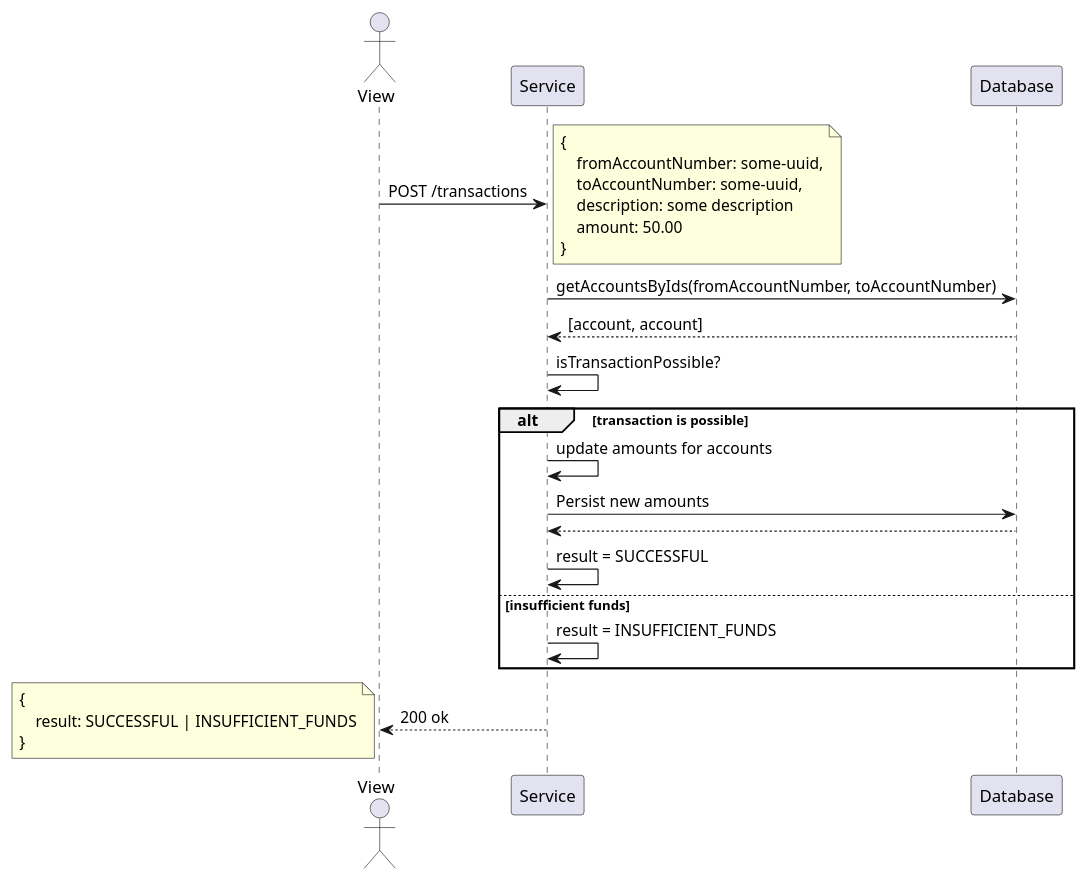
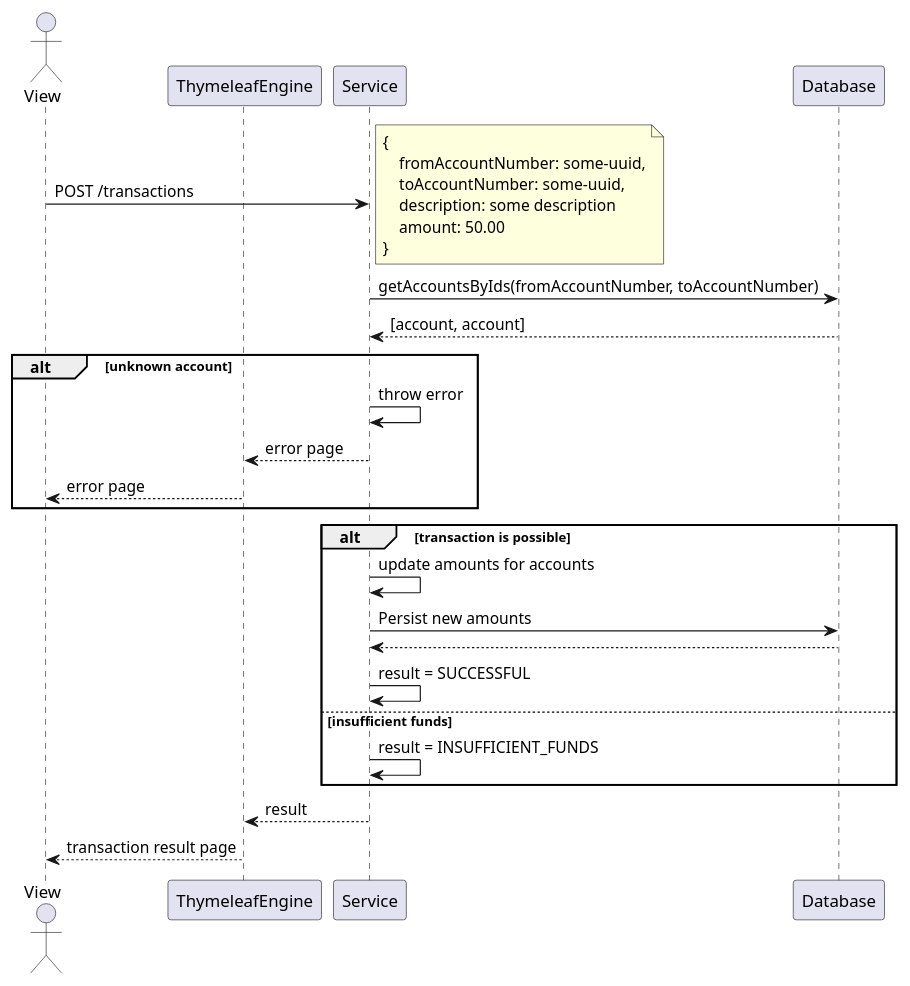
One commit to driekeerJ/transaction-service changed the diagram in documentation/sequence-diagrams/post-transactions.puml. Above: the diagram before and after it, drawn with PlantUML. The commit also changed 11 other files, not shown here.

Commit message:
added transaction tests and updated diagrams

```diff
--- a/documentation/sequence-diagrams/post-transactions.puml
+++ b/documentation/sequence-diagrams/post-transactions.puml
@@ -1,32 +1,33 @@
 @startuml
 actor View as F
+participant ThymeleafEngine as T
 participant Service as S
 participant Database as DB
 
 F -> S: POST /transactions
 note right
 {
     fromAccountNumber: some-uuid,
     toAccountNumber: some-uuid,
     description: some description
     amount: 50.00
 }
 end note
 S -> DB: getAccountsByIds(fromAccountNumber, toAccountNumber)
 DB --> S: [account, account]
-S -> S: isTransactionPossible?
+alt unknown account
+    S -> S: throw error
+    S --> T: error page
+    T --> F: error page
+end
 alt transaction is possible
     S -> S: update amounts for accounts
     S -> DB: Persist new amounts
     DB --> S
     S -> S: result = SUCCESSFUL
 else insufficient funds
     S -> S: result = INSUFFICIENT_FUNDS
 end
-S --> F: 200 ok
-note left
-{
-    result: SUCCESSFUL | INSUFFICIENT_FUNDS
-}
-end note
+S --> T: result
+T --> F: transaction result page
 @enduml
```
